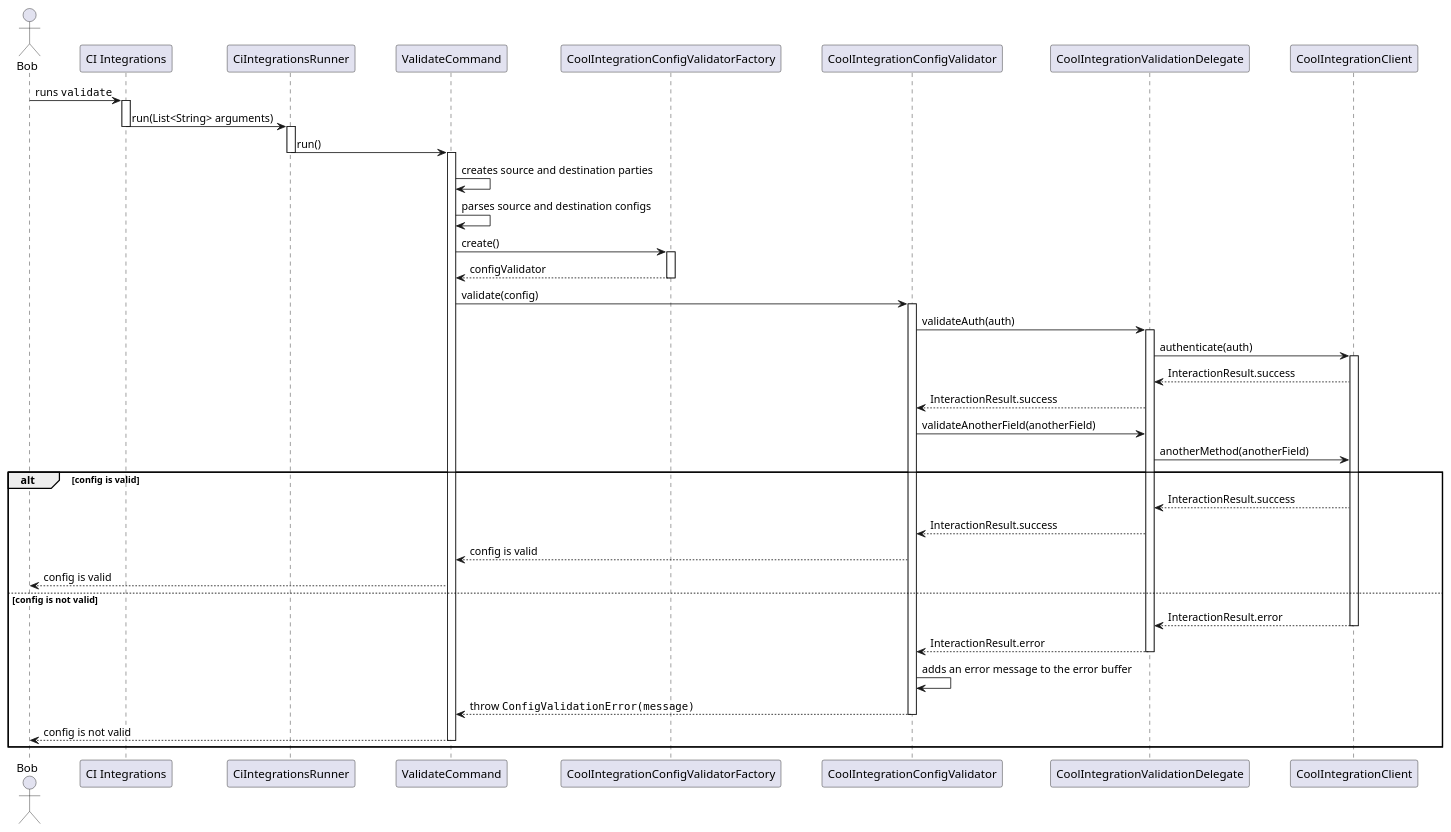
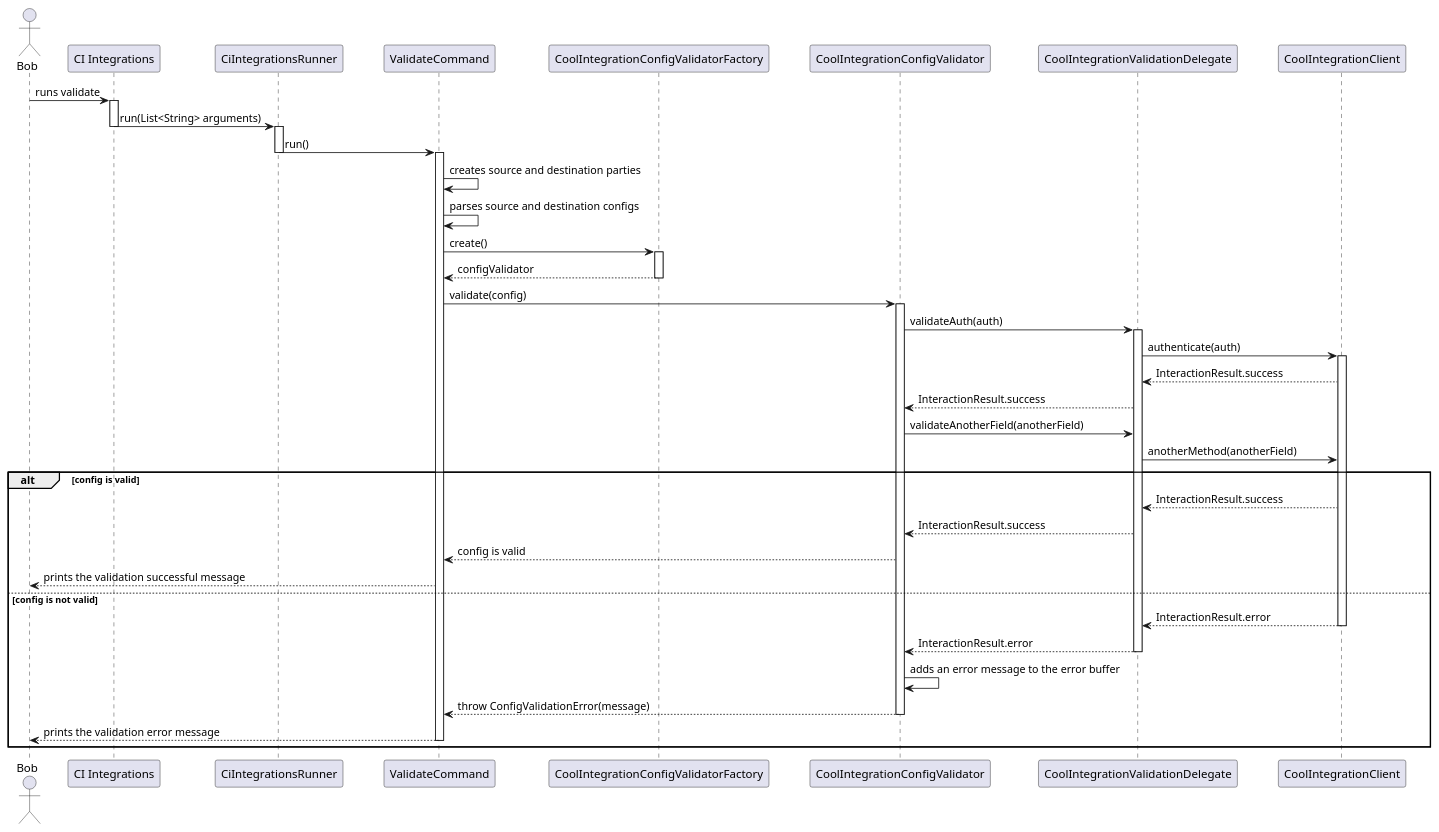
One commit to Flank/flank-dashboard changed the diagram in metrics/ci_integrations/docs/diagrams/ci_integrations_config_validator_sequence_diagram.puml. Above: the diagram before and after it, drawn with PlantUML. The commit also changed 2 other files, not shown here.

Commit message:
Update diagram. Improve documentation

```diff
--- a/metrics/ci_integrations/docs/diagrams/ci_integrations_config_validator_sequence_diagram.puml
+++ b/metrics/ci_integrations/docs/diagrams/ci_integrations_config_validator_sequence_diagram.puml
@@ -1,77 +1,77 @@
 @startuml ci_integrations_config_validator_sequence_diagram
 
 skinparam ParticipantPadding 20
 skinparam BoxPadding 10
 
 actor Bob
 
 participant "CI Integrations"
 participant CiIntegrationsRunner
 participant ValidateCommand
 participant CoolIntegrationConfigValidatorFactory
 participant CoolIntegrationConfigValidator
 participant CoolIntegrationValidationDelegate
 participant CoolIntegrationClient
 
-Bob -> "CI Integrations" : runs ""validate""
+Bob -> "CI Integrations" : runs validate
 activate "CI Integrations"
 
 "CI Integrations" -> CiIntegrationsRunner: run(List<String> arguments)
 deactivate "CI Integrations"
 activate CiIntegrationsRunner
 
 CiIntegrationsRunner -> ValidateCommand: run()
 deactivate CiIntegrationsRunner
 activate ValidateCommand
 
 ValidateCommand -> ValidateCommand : creates source and destination parties
 ValidateCommand -> ValidateCommand : parses source and destination configs
 
 ValidateCommand -> CoolIntegrationConfigValidatorFactory : create()
 activate CoolIntegrationConfigValidatorFactory
 
 CoolIntegrationConfigValidatorFactory --> ValidateCommand : configValidator
 deactivate CoolIntegrationConfigValidatorFactory
 
 ValidateCommand -> CoolIntegrationConfigValidator : validate(config)
 activate CoolIntegrationConfigValidator
 
 CoolIntegrationConfigValidator -> CoolIntegrationValidationDelegate : validateAuth(auth)
 activate CoolIntegrationValidationDelegate
 
 CoolIntegrationValidationDelegate -> CoolIntegrationClient : authenticate(auth)
 activate  CoolIntegrationClient
 
 CoolIntegrationClient --> CoolIntegrationValidationDelegate : InteractionResult.success
 CoolIntegrationValidationDelegate --> CoolIntegrationConfigValidator : InteractionResult.success
 
 CoolIntegrationConfigValidator -> CoolIntegrationValidationDelegate : validateAnotherField(anotherField)
 CoolIntegrationValidationDelegate -> CoolIntegrationClient : anotherMethod(anotherField)
 
 alt config is valid
 
     CoolIntegrationClient --> CoolIntegrationValidationDelegate : InteractionResult.success
     CoolIntegrationValidationDelegate --> CoolIntegrationConfigValidator : InteractionResult.success
 
     CoolIntegrationConfigValidator --> ValidateCommand : config is valid
-    ValidateCommand --> Bob : config is valid
+    ValidateCommand --> Bob : prints the validation successful message
 
 else config is not valid
 
     CoolIntegrationClient --> CoolIntegrationValidationDelegate : InteractionResult.error
     deactivate CoolIntegrationClient
 
     CoolIntegrationValidationDelegate --> CoolIntegrationConfigValidator : InteractionResult.error
     deactivate CoolIntegrationValidationDelegate
 
     CoolIntegrationConfigValidator -> CoolIntegrationConfigValidator : adds an error message to the error buffer
 
-    CoolIntegrationConfigValidator --> ValidateCommand : throw ""ConfigValidationError(message)""
+    CoolIntegrationConfigValidator --> ValidateCommand : throw ConfigValidationError(message)
     deactivate CoolIntegrationConfigValidator
 
-    ValidateCommand --> Bob : config is not valid
+    ValidateCommand --> Bob : prints the validation error message
     deactivate ValidateCommand
 
 end
 
 @enduml
```
